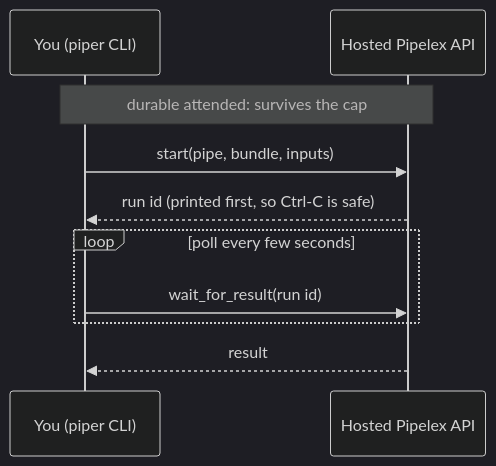
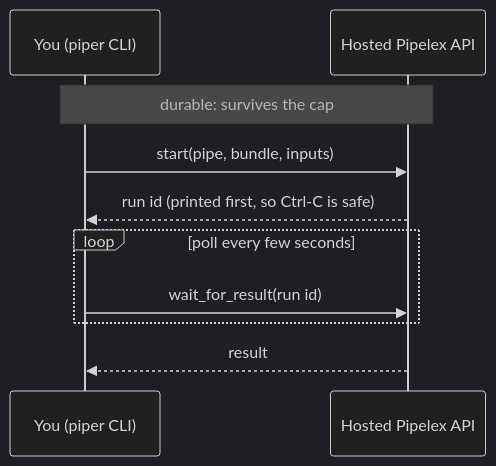
One commit to Pipelex/pipelex-starter-python changed the fourth of 5 diagrams in README.md. Above: the diagram before and after it, drawn with Mermaid (dark theme). The commit also changed other lines of this file and 5 other files, not shown here.

````diff
--- a/README.md
+++ b/README.md
@@ -192,12 +192,12 @@
 ```mermaid
 sequenceDiagram
     participant U as You (piper CLI)
     participant API as Hosted Pipelex API
-    Note over U,API: durable attended: survives the cap
+    Note over U,API: durable: survives the cap
     U->>API: start(pipe, bundle, inputs)
     API-->>U: run id (printed first, so Ctrl-C is safe)
     loop poll every few seconds
         U->>API: wait_for_result(run id)
     end
     API-->>U: result
 ```
````
